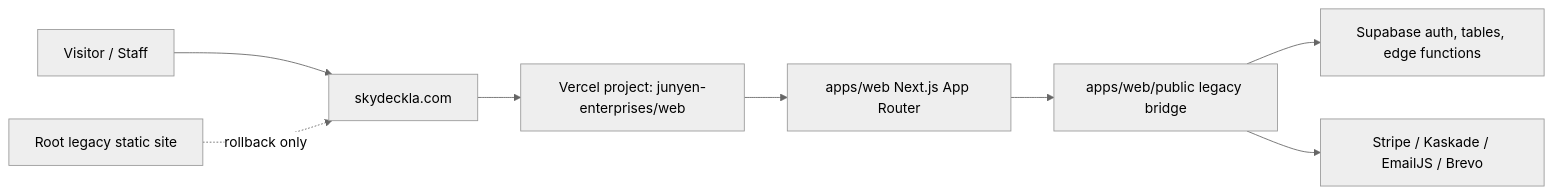
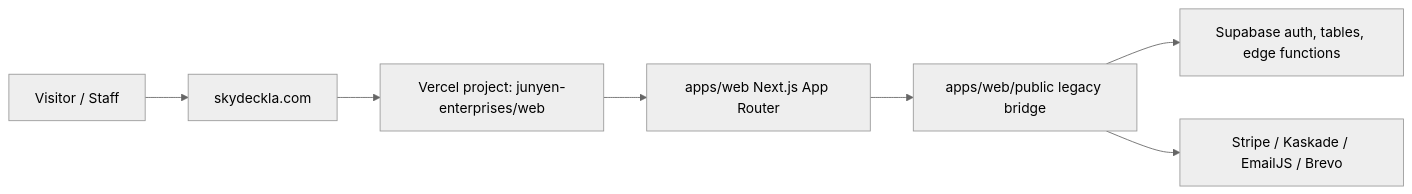
Before and after one commit to junyengit/skyla: the first of 2 diagrams in docs/phase-2-roadmap.md, drawn with Mermaid (neutral theme). The commit also changed other lines of this file and 71 other files, not shown here.

Commit message:
Adopt Bun canary and clean root static files

````diff
--- a/docs/phase-2-roadmap.md
+++ b/docs/phase-2-roadmap.md
@@ -20,19 +20,17 @@
 ```mermaid
 flowchart LR
   visitor["Visitor / Staff"]
   domain["skydeckla.com"]
   vercel["Vercel project: junyen-enterprises/web"]
   next["apps/web Next.js App Router"]
   bridge["apps/web/public legacy bridge"]
-  legacy["Root legacy static site"]
   supabase["Supabase auth, tables, edge functions"]
   payments["Stripe / Kaskade / EmailJS / Brevo"]
 
   visitor --> domain
   domain --> vercel
   vercel --> next
   next --> bridge
   bridge --> supabase
   bridge --> payments
-  legacy -. rollback only .-> domain
 ```
````
